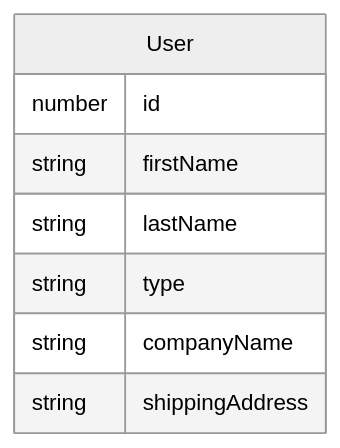
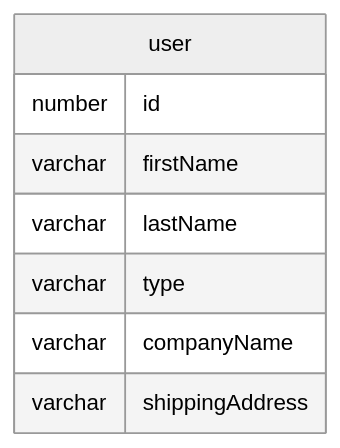
The fifth of 8 diagrams in 2-2-typeorm.md (iacobucci/tesi-triennale), drawn with Mermaid before and after one commit. The commit also changed other lines of this file and 1 other file, not shown here.

````diff
--- a/2-2-typeorm.md
+++ b/2-2-typeorm.md
@@ -422,12 +422,12 @@
 ```mermaid {height=3cm}
 %%{init: {'theme': 'neutral', 'mirrorActors': false} }%%
 erDiagram
-	User {
+	user {
 		number id
-		string firstName
-		string lastName
-		string type
-		string companyName
-		string shippingAddress
+		varchar firstName
+		varchar lastName
+		varchar type
+		varchar companyName
+		varchar shippingAddress
 	}
 ```
````
